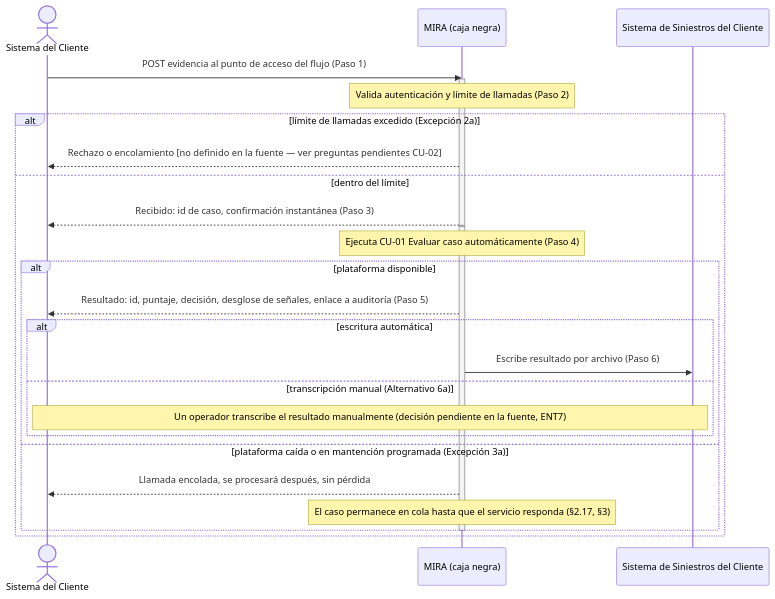
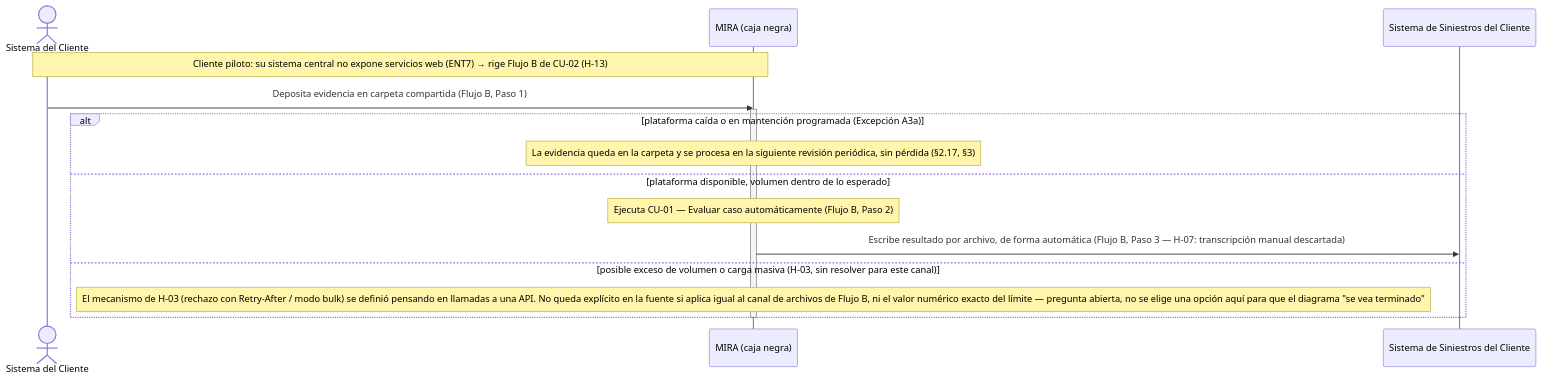
Before and after one commit to elesteber/proyecto-llm: the diagram in fases-y-plan-de-trabajo/fase8/Fase 8 — Diagrama de secuencia de sistema (§5.3.7).md, drawn with Mermaid. The commit also changed other lines of this file and 4 other files, not shown here.

Commit message:
Revision y comparacion de diagramas

````diff
--- a/fases-y-plan-de-trabajo/fase8/Fase 8 — Diagrama de secuencia de sistema (§5.3.7).md
+++ b/fases-y-plan-de-trabajo/fase8/Fase 8 — Diagrama de secuencia de sistema (§5.3.7).md
@@ -13,32 +20,21 @@
 ```mermaid
 sequenceDiagram
     actor SC as Sistema del Cliente
     participant MIRA as MIRA (caja negra)
     participant SS as Sistema de Siniestros del Cliente
 
-    SC->>MIRA: POST evidencia al punto de acceso del flujo (Paso 1)
+    Note over SC,MIRA: Cliente piloto: su sistema central no expone servicios web (ENT7) → rige Flujo B de CU-02 (H-13)
+
+    SC->>MIRA: Deposita evidencia en carpeta compartida (Flujo B, Paso 1)
     activate MIRA
-    Note over MIRA: Valida autenticación y límite de llamadas (Paso 2)
 
-    alt límite de llamadas excedido (Excepción 2a)
-        MIRA-->>SC: Rechazo o encolamiento [no definido en la fuente — ver preguntas pendientes CU-02]
-    else dentro del límite
-        MIRA-->>SC: Recibido: id de caso, confirmación instantánea (Paso 3)
-        deactivate MIRA
-        activate MIRA
-        Note over MIRA: Ejecuta CU-01 Evaluar caso automáticamente (Paso 4)
-
-        alt plataforma disponible
-            MIRA-->>SC: Resultado: id, puntaje, decisión, desglose de señales, enlace a auditoría (Paso 5)
-            alt escritura automática
-                MIRA->>SS: Escribe resultado por archivo (Paso 6)
-            else transcripción manual (Alternativo 6a)
-                Note over SC,SS: Un operador transcribe el resultado manualmente (decisión pendiente en la fuente, ENT7)
-            end
-        else plataforma caída o en mantención programada (Excepción 3a)
-            MIRA-->>SC: Llamada encolada, se procesará después, sin pérdida
-            Note over MIRA: El caso permanece en cola hasta que el servicio responda (§2.17, §3)
-        end
-        deactivate MIRA
+    alt plataforma caída o en mantención programada (Excepción A3a)
+        Note over MIRA: La evidencia queda en la carpeta y se procesa en la siguiente revisión periódica, sin pérdida (§2.17, §3)
+    else plataforma disponible, volumen dentro de lo esperado
+        Note over MIRA: Ejecuta CU-01 — Evaluar caso automáticamente (Flujo B, Paso 2)
+        MIRA->>SS: Escribe resultado por archivo, de forma automática (Flujo B, Paso 3 — H-07: transcripción manual descartada)
+    else posible exceso de volumen o carga masiva (H-03, sin resolver para este canal)
+        Note over MIRA: El mecanismo de H-03 (rechazo con Retry-After / modo bulk) se definió pensando en llamadas a una API. No queda explícito en la fuente si aplica igual al canal de archivos de Flujo B, ni el valor numérico exacto del límite — pregunta abierta, no se elige una opción aquí para que el diagrama "se vea terminado"
     end
+    deactivate MIRA
 ```
````
